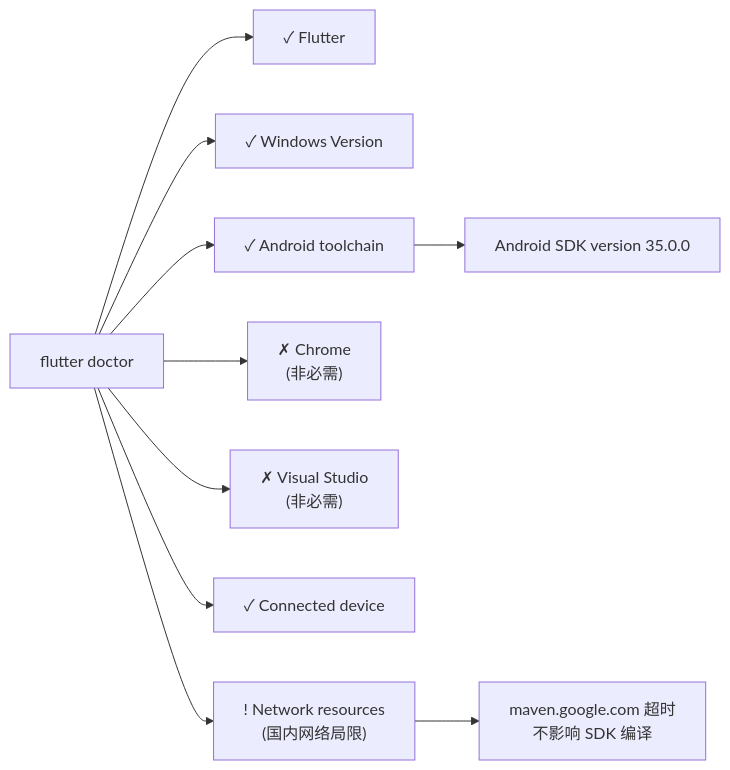
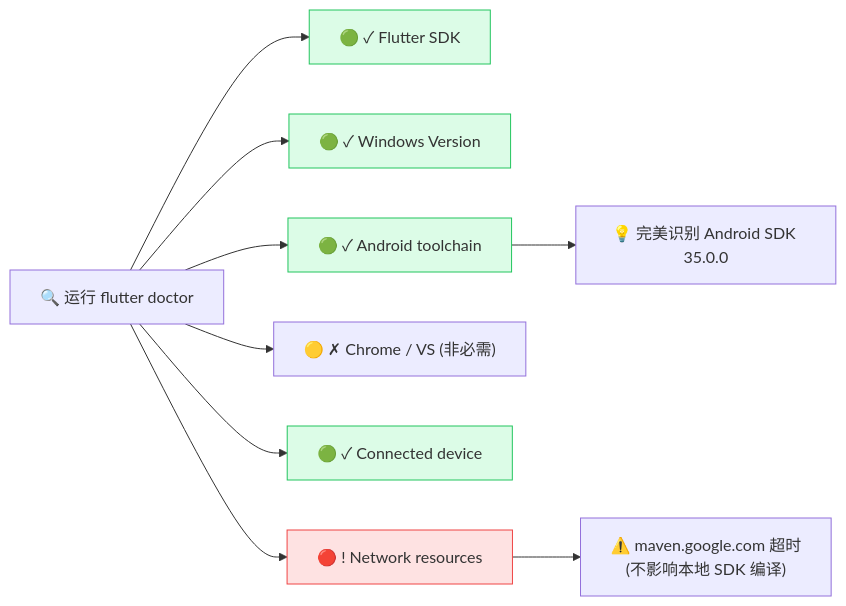
One commit to super-Lovely/Firefly changed the third of 3 diagrams in src/content/posts/Flutter环境配置和Android开发环境配置.md. Above: the diagram before and after it, drawn with Mermaid. The commit also changed other lines of this file, not shown here.

Commit message:
Update Flutter and Android SDK setup guide for Windows 11; enhance clarity and structure

````diff
--- a/src/content/posts/Flutter环境配置和Android开发环境配置.md
+++ b/src/content/posts/Flutter环境配置和Android开发环境配置.md
@@ -302,13 +336,18 @@
 ```mermaid
-graph LR
-    A["flutter doctor"] --> B["✓ Flutter"]
-    A --> C["✓ Windows Version"]
-    A --> D["✓ Android toolchain"]
-    A --> E["✗ Chrome<br/>(非必需)"]
-    A --> F["✗ Visual Studio<br/>(非必需)"]
-    A --> G["✓ Connected device"]
-    A --> H["! Network resources<br/>(国内网络局限)"]
+flowchart LR
+    A["🔍 运行 flutter doctor"] --> B["🟢 ✓ Flutter SDK"]
+    A --> C["🟢 ✓ Windows Version"]
+    A --> D["🟢 ✓ Android toolchain"]
+    A --> E["🟡 ✗ Chrome / VS (非必需)"]
+    A --> F["🟢 ✓ Connected device"]
+    A --> G["🔴 ! Network resources"]
 
-    D --> D1["Android SDK version 35.0.0"]
-    H --> H1["maven.google.com 超时<br/>不影响 SDK 编译"]
+    D --> D1["💡 完美识别 Android SDK 35.0.0"]
+    G --> G1["⚠️ maven.google.com 超时<br>(不影响本地 SDK 编译)"]
+
+    style B fill:#dcfce7,stroke:#22c55e,stroke-width:1px
+    style C fill:#dcfce7,stroke:#22c55e,stroke-width:1px
+    style D fill:#dcfce7,stroke:#22c55e,stroke-width:1px
+    style F fill:#dcfce7,stroke:#22c55e,stroke-width:1px
+    style G fill:#fee2e2,stroke:#ef4444,stroke-width:1px
 ```
````
